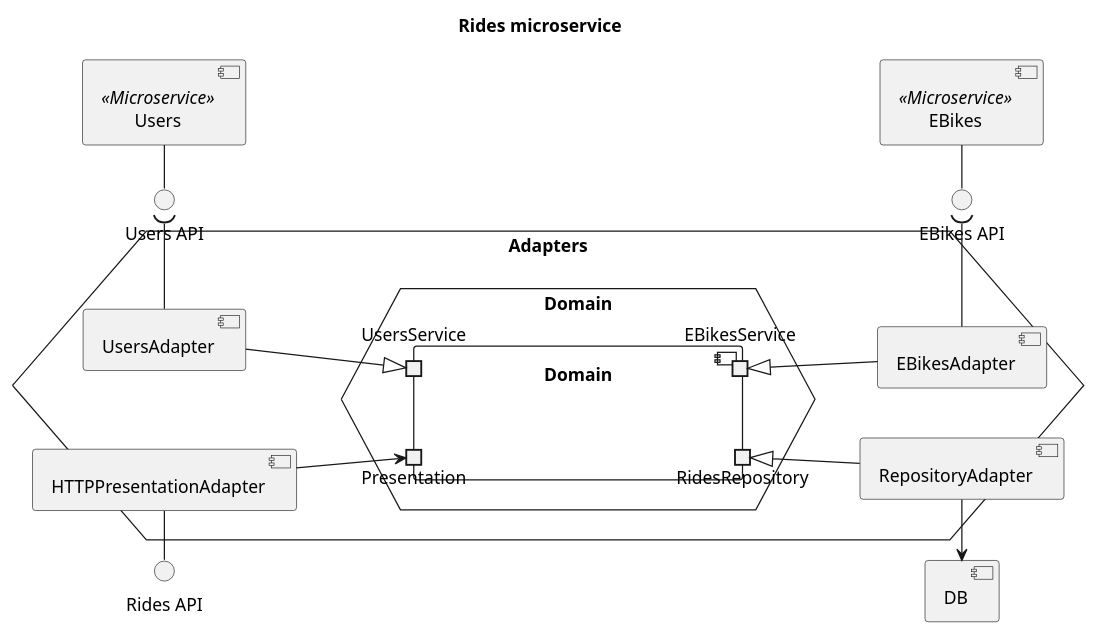
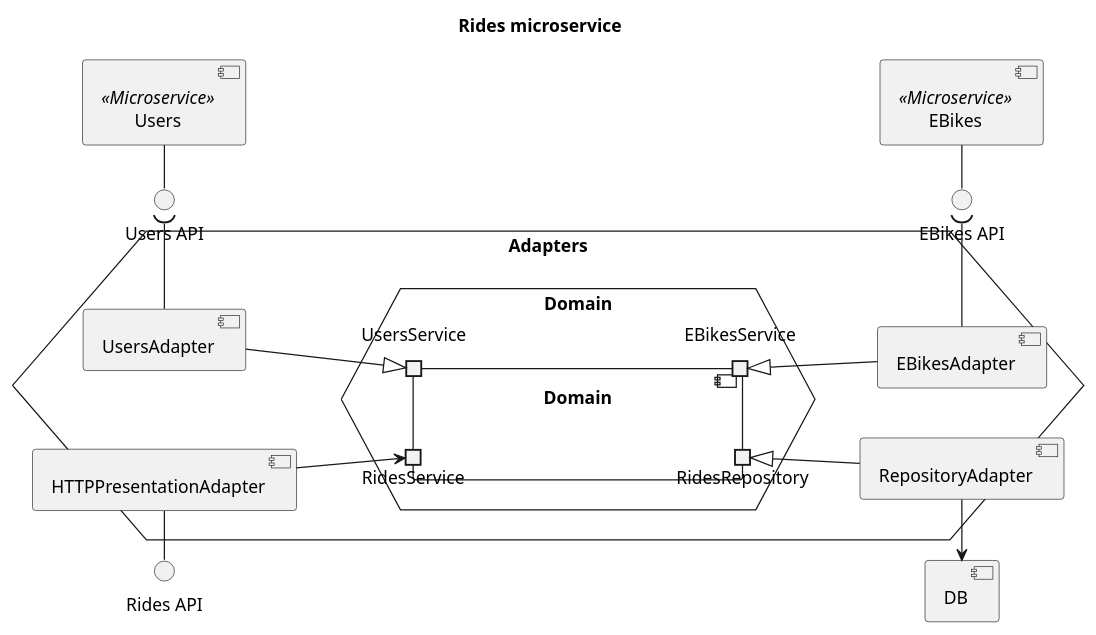
The diagram in doc/diagrams/src/rides-components.puml (Ventus218/SAP-assignment-02), drawn with PlantUML before and after one commit. The commit also changed 2 other files, not shown here.

Commit message:
Renamed ports in some components diagrams

```diff
--- a/doc/diagrams/src/rides-components.puml
+++ b/doc/diagrams/src/rides-components.puml
@@ -1,46 +1,46 @@
 @startuml rides-components
 
 title "Rides microservice"
 
 left to right direction
 
 component "DB"
 interface "Rides API" as RidesAPI
 interface "EBikes API" as EBikesAPI
 interface "Users API" as UsersAPI
 
 hexagon Adapters {
     hexagon Domain as DomainHex {
         component Domain {
             'ports in or out are just used for layout purposes and do not have any semantic'
             portout "RidesRepository" as Repo
-            portin Presentation
+            portin RidesService
             portin UsersService
             portout EBikesService
         }
     }
 
     component "RepositoryAdapter" as RepoAdapter
     RepoAdapter -l-> DB
     RepoAdapter -u-|> Repo
 
     component EBikesAdapter
     EBikesAdapter -r-( EBikesAPI
     EBikesAdapter -u-|> EBikesService
 
     component UsersAdapter
     UsersAdapter -r-( UsersAPI
     UsersAdapter -d-|> UsersService
 
     component "HTTPPresentationAdapter" as HTTPAdapter
     HTTPAdapter -l-() RidesAPI
-    HTTPAdapter -d-> Presentation
+    HTTPAdapter -d-> RidesService
 }
 
 component "EBikes" as EBikes <<Microservice>>
 EBikes -r-() EBikesAPI
 
 component "Users" as Users <<Microservice>>
 Users -r-() UsersAPI
 
 @enduml
```
